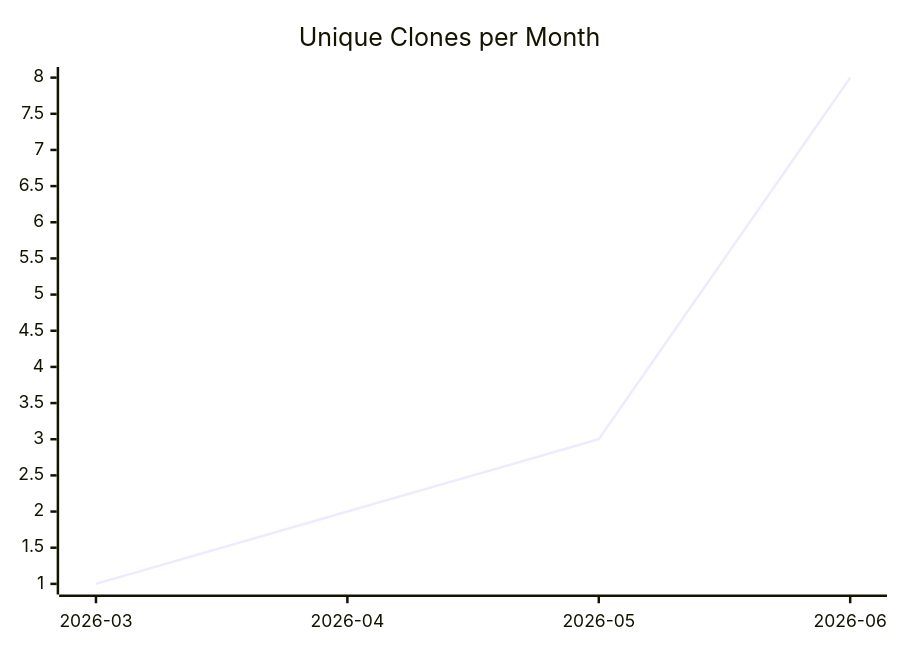
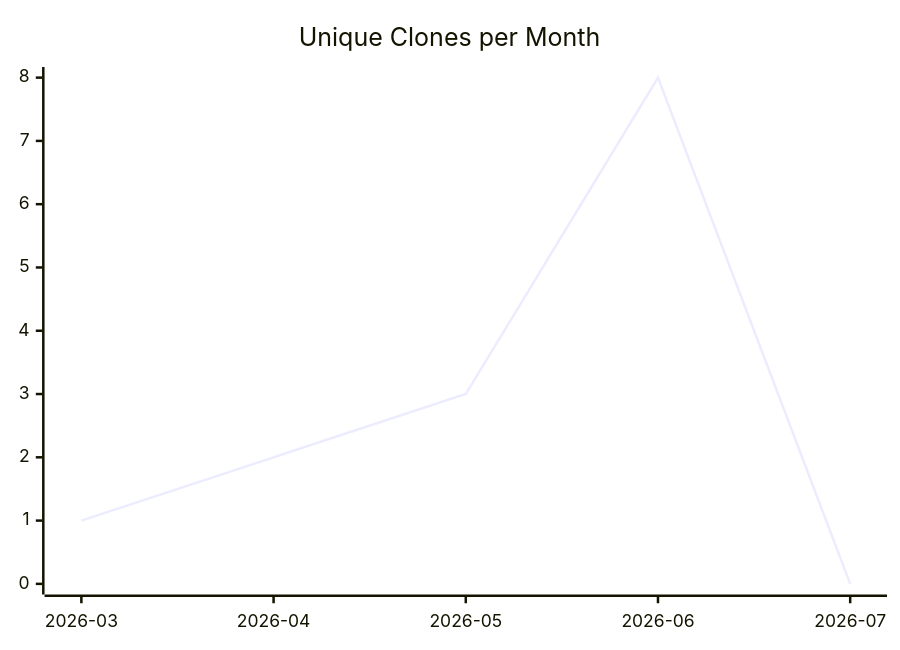
Before and after one commit to justdavis-family/github-analytics-data: the third of 3 diagrams in karlmdavis/datanucleus-test-jdo-1-to-n/README.md, drawn with Mermaid. The commit also changed other lines of this file and 199 other files, not shown here.

````diff
--- a/karlmdavis/datanucleus-test-jdo-1-to-n/README.md
+++ b/karlmdavis/datanucleus-test-jdo-1-to-n/README.md
@@ -19,6 +19,6 @@
 ```mermaid
 xychart-beta
   title "Unique Clones per Month"
-  x-axis ["2026-03", "2026-04", "2026-05", "2026-06"]
-  line [1, 2, 3, 8]
+  x-axis ["2026-03", "2026-04", "2026-05", "2026-06", "2026-07"]
+  line [1, 2, 3, 8, 0]
 ```
````
